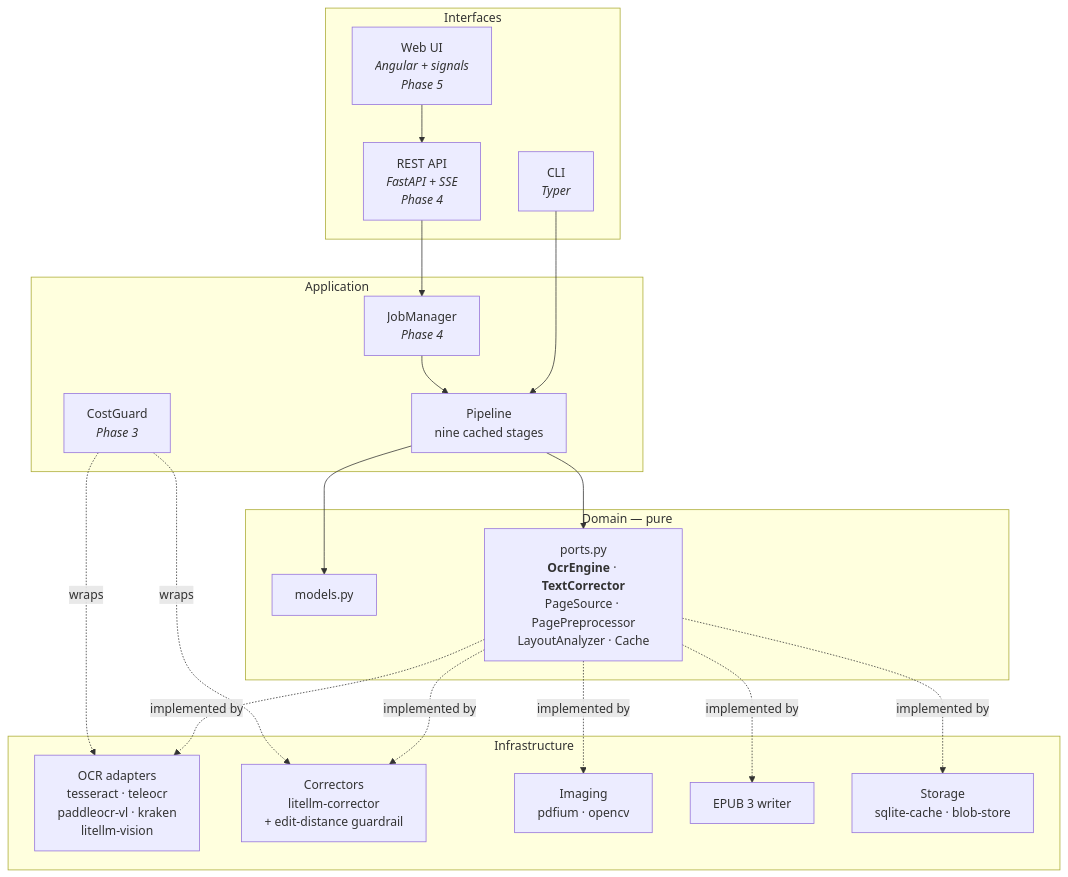
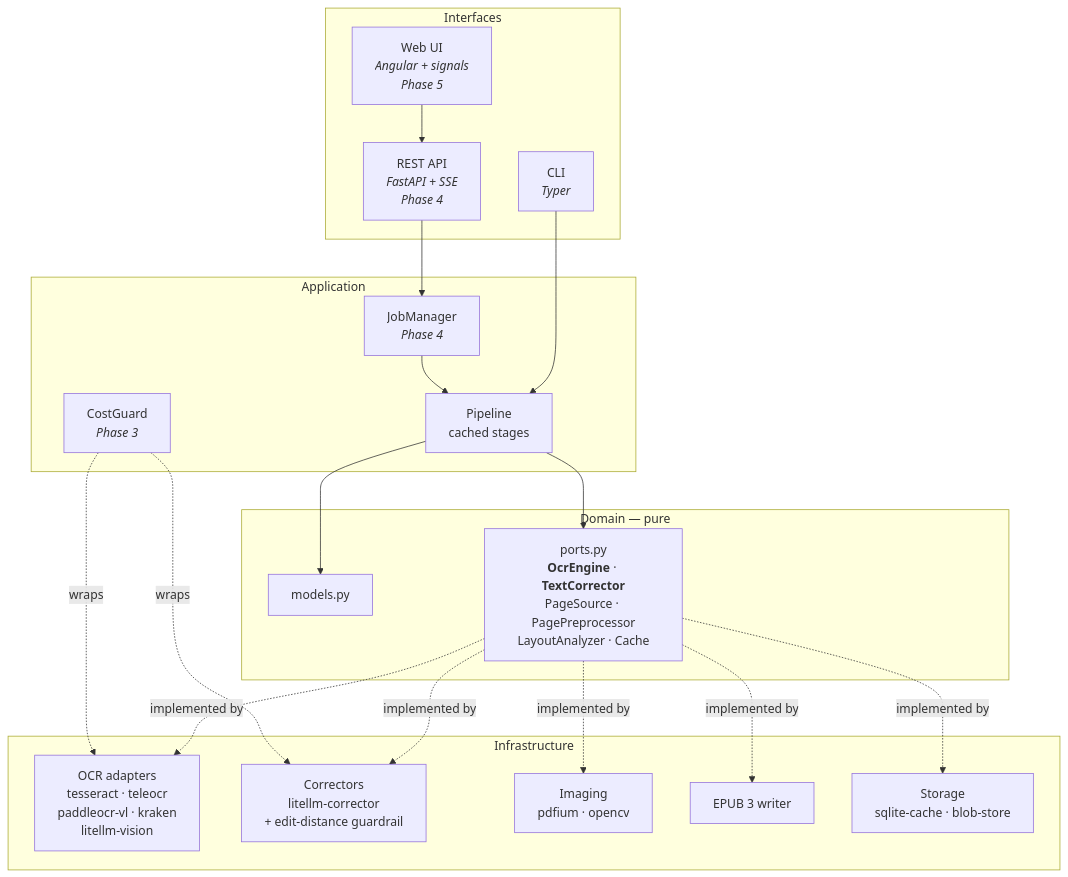
One commit to WassimAarab08/scan2epub changed the diagram in docs/architecture.md. Above: the diagram before and after it, drawn with Mermaid. The commit also changed other lines of this file and 7 other files, not shown here.

````diff
--- a/docs/architecture.md
+++ b/docs/architecture.md
@@ -7,40 +7,40 @@
 ```mermaid
 flowchart TB
   subgraph IF["Interfaces"]
     CLI["CLI<br/><i>Typer</i>"]
     API["REST API<br/><i>FastAPI + SSE</i><br/><i>Phase 4</i>"]
     WEB["Web UI<br/><i>Angular + signals</i><br/><i>Phase 5</i>"]
   end
 
   subgraph APP["Application"]
-    PIPE["Pipeline<br/>nine cached stages"]
+    PIPE["Pipeline<br/>cached stages"]
     JOBS["JobManager<br/><i>Phase 4</i>"]
     COST["CostGuard<br/><i>Phase 3</i>"]
   end
 
   subgraph DOM["Domain — pure"]
     MODELS["models.py"]
     PORTS["ports.py<br/><b>OcrEngine</b> · <b>TextCorrector</b><br/>PageSource · PagePreprocessor<br/>LayoutAnalyzer · Cache"]
   end
 
   subgraph INFRA["Infrastructure"]
     OCR["OCR adapters<br/>tesseract · teleocr<br/>paddleocr-vl · kraken<br/>litellm-vision"]
     CORR["Correctors<br/>litellm-corrector<br/>+ edit-distance guardrail"]
     IMG["Imaging<br/>pdfium · opencv"]
     EPUB["EPUB 3 writer"]
     STORE["Storage<br/>sqlite-cache · blob-store"]
   end
 
   CLI --> PIPE
   API --> JOBS --> PIPE
   WEB --> API
   PIPE --> PORTS
   PIPE --> MODELS
   PORTS -.implemented by.-> OCR
   PORTS -.implemented by.-> CORR
   PORTS -.implemented by.-> IMG
   PORTS -.implemented by.-> EPUB
   PORTS -.implemented by.-> STORE
   COST -.wraps.-> OCR
   COST -.wraps.-> CORR
 ```
````
